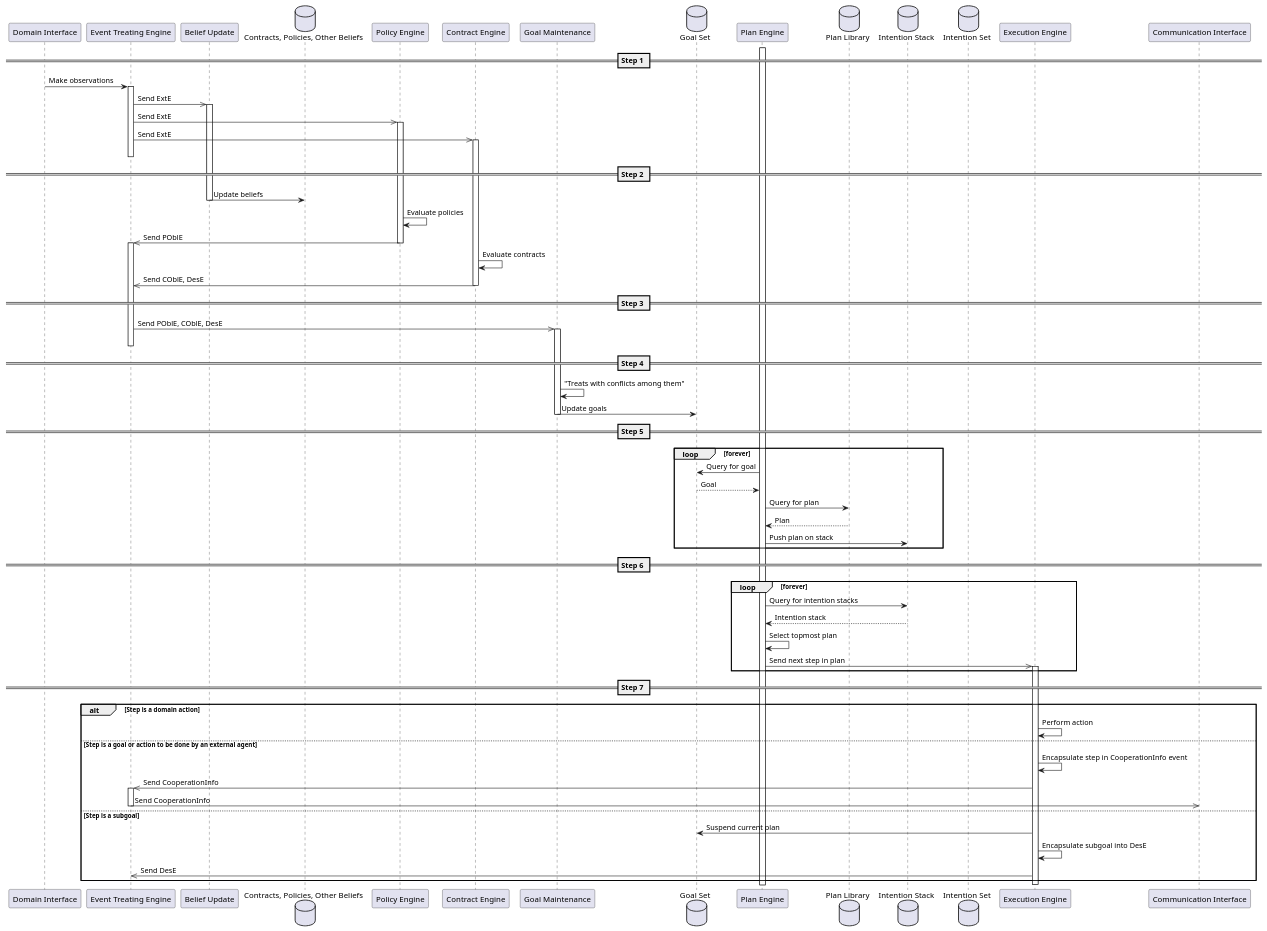
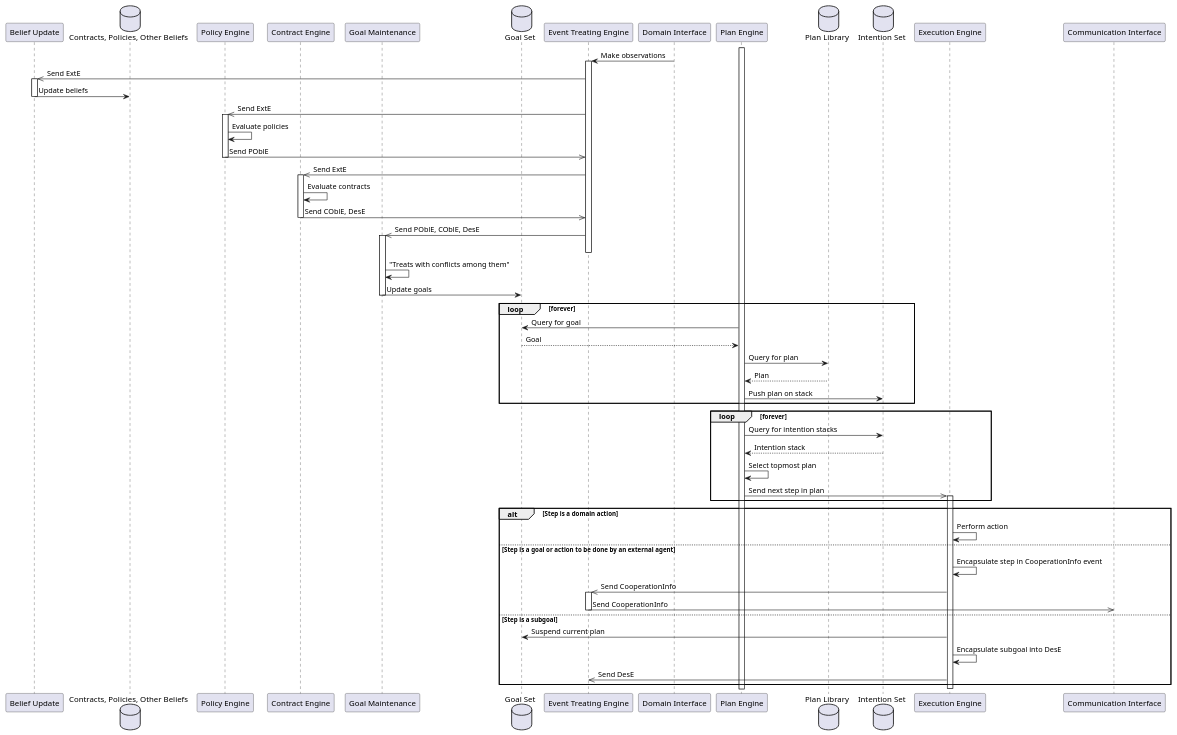
The diagram in Figures/PDC-agent/Control_Loop.plantuml (Entze/APIA), drawn with PlantUML before and after one commit.

Commit message:
Simplify diagram organization

```diff
--- a/Figures/PDC-agent/Control_Loop.plantuml
+++ b/Figures/PDC-agent/Control_Loop.plantuml
@@ -1,84 +1,64 @@
 @startuml
-participant "Domain Interface"
-participant "Event Treating Engine"
 participant "Belief Update"
 database "Contracts, Policies, Other Beliefs"
 participant "Policy Engine"
 participant "Contract Engine"
 participant "Goal Maintenance"
 database "Goal Set"
+participant "Event Treating Engine"
+participant "Domain Interface"
 participant "Plan Engine"
 database "Plan Library"
-database "Intention Stack"
 database "Intention Set"
-
 participant "Execution Engine"
 participant "Communication Interface"
 
 activate "Plan Engine"
 
-== Step 1 ==
-
 "Domain Interface" -> "Event Treating Engine" ++: Make observations
 "Event Treating Engine" ->> "Belief Update" ++ : Send ExtE
-"Event Treating Engine" ->> "Policy Engine" ++ : Send ExtE
-"Event Treating Engine" ->> "Contract Engine" ++ : Send ExtE
-deactivate "Event Treating Engine"
-
-== Step 2 ==
-
 "Belief Update" -> "Contracts, Policies, Other Beliefs" -- : Update beliefs
 
+"Event Treating Engine" ->> "Policy Engine" ++ : Send ExtE
 "Policy Engine" -> "Policy Engine" : Evaluate policies
 "Policy Engine" ->> "Event Treating Engine" -- : Send POblE
 
-activate "Event Treating Engine"
-
+"Event Treating Engine" ->> "Contract Engine" ++ : Send ExtE
 "Contract Engine" -> "Contract Engine" : Evaluate contracts
 "Contract Engine" ->> "Event Treating Engine" -- : Send COblE, DesE
-
-== Step 3 ==
 
 "Event Treating Engine" ->> "Goal Maintenance" ++ : Send POblE, COblE, DesE
 deactivate "Event Treating Engine"
 
-== Step 4 ==
-
 "Goal Maintenance" -> "Goal Maintenance" : "Treats with conflicts among them"
 "Goal Maintenance" -> "Goal Set" -- : Update goals
-
-== Step 5 ==
 
 loop forever
     "Plan Engine" -> "Goal Set" : Query for goal
     "Plan Engine" <-- "Goal Set" : Goal
     "Plan Engine" -> "Plan Library" : Query for plan
     "Plan Engine" <-- "Plan Library" : Plan
-    "Plan Engine" -> "Intention Stack" : Push plan on stack
+    "Plan Engine" -> "Intention Set" : Push plan on stack
 end
 
-== Step 6 ==
-
 loop forever
-    "Plan Engine" -> "Intention Stack" : Query for intention stacks
-    "Plan Engine" <-- "Intention Stack" : Intention stack
+    "Plan Engine" -> "Intention Set" : Query for intention stacks
+    "Plan Engine" <-- "Intention Set" : Intention stack
     "Plan Engine" -> "Plan Engine" : Select topmost plan
     "Plan Engine" ->> "Execution Engine" ++ : Send next step in plan
 end
-
-== Step 7 ==
 
 alt Step is a domain action
     "Execution Engine" -> "Execution Engine" : Perform action
 else Step is a goal or action to be done by an external agent
     "Execution Engine" -> "Execution Engine" : Encapsulate step in CooperationInfo event
     "Execution Engine" ->> "Event Treating Engine" ++ : Send CooperationInfo
     "Event Treating Engine" ->> "Communication Interface" -- : Send CooperationInfo
 else Step is a subgoal
     "Execution Engine" -> "Goal Set" : Suspend current plan
     "Execution Engine" -> "Execution Engine" : Encapsulate subgoal into DesE
     "Execution Engine" ->> "Event Treating Engine" : Send DesE
 end
 deactivate "Execution Engine"
 
 @enduml
```
